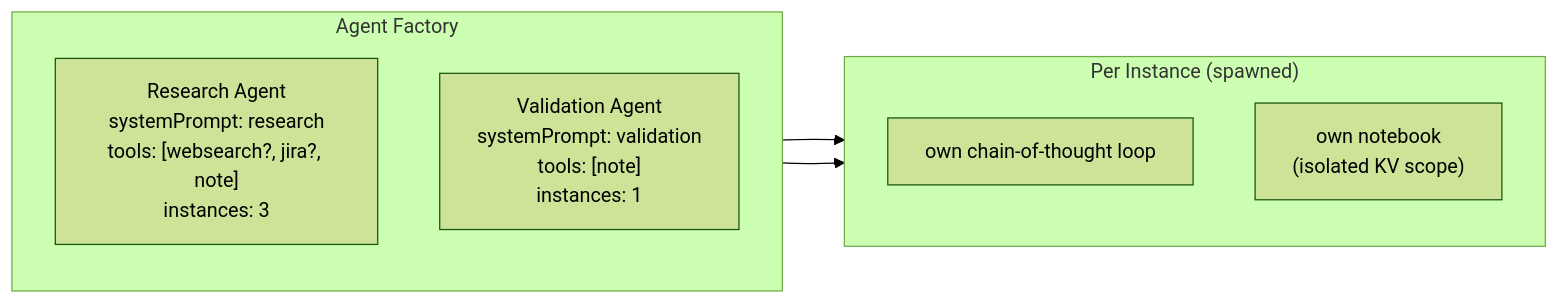
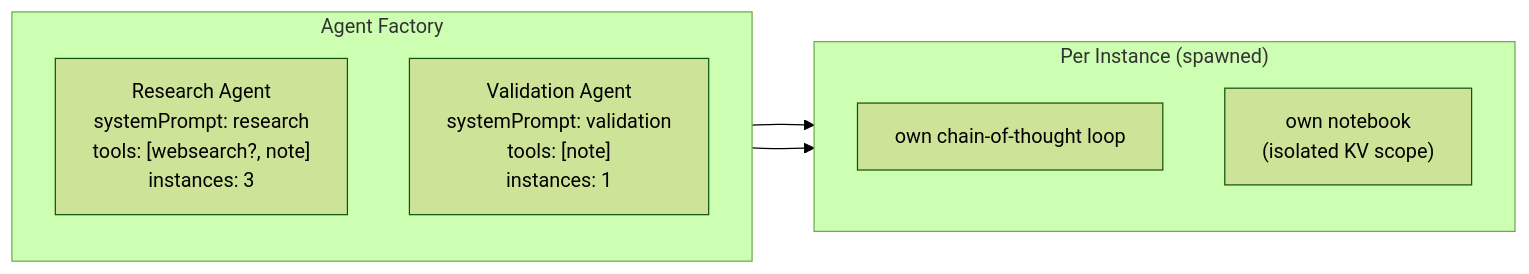
The fifth of 6 diagrams in _bmad-output/planning-artifacts/architecture-diagrams.md (Glitch-guy0/self-consistency-research-agent), drawn with Mermaid (forest theme) before and after one commit. The commit also changed other lines of this file and 7 other files, not shown here.

Commit message:
plan: uml approved and validated

````diff
--- a/_bmad-output/planning-artifacts/architecture-diagrams.md
+++ b/_bmad-output/planning-artifacts/architecture-diagrams.md
@@ -235,17 +225,17 @@
 ```mermaid
 flowchart LR
     subgraph Factory["Agent Factory"]
         direction TB
-        A1["Research Agent<br/>systemPrompt: research<br/>tools: [websearch?, jira?, note]<br/>instances: 3"]
+        A1["Research Agent<br/>systemPrompt: research<br/>tools: [websearch?, note]<br/>instances: 3"]
         A2["Validation Agent<br/>systemPrompt: validation<br/>tools: [note]<br/>instances: 1"]
     end
 
     subgraph PerInstance["Per Instance (spawned)"]
         direction TB
         CoT["own chain-of-thought loop"]
         NB["own notebook\n(isolated KV scope)"]
     end
 
     A1 --> PerInstance
     A2 --> PerInstance
 ```
````
